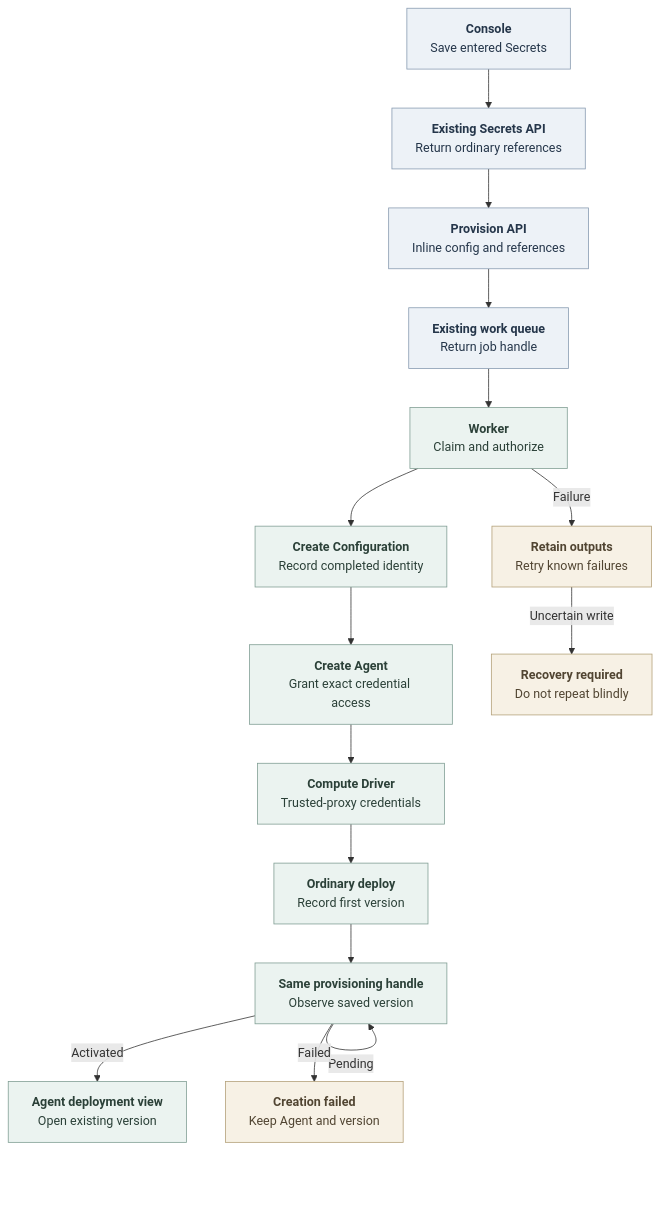
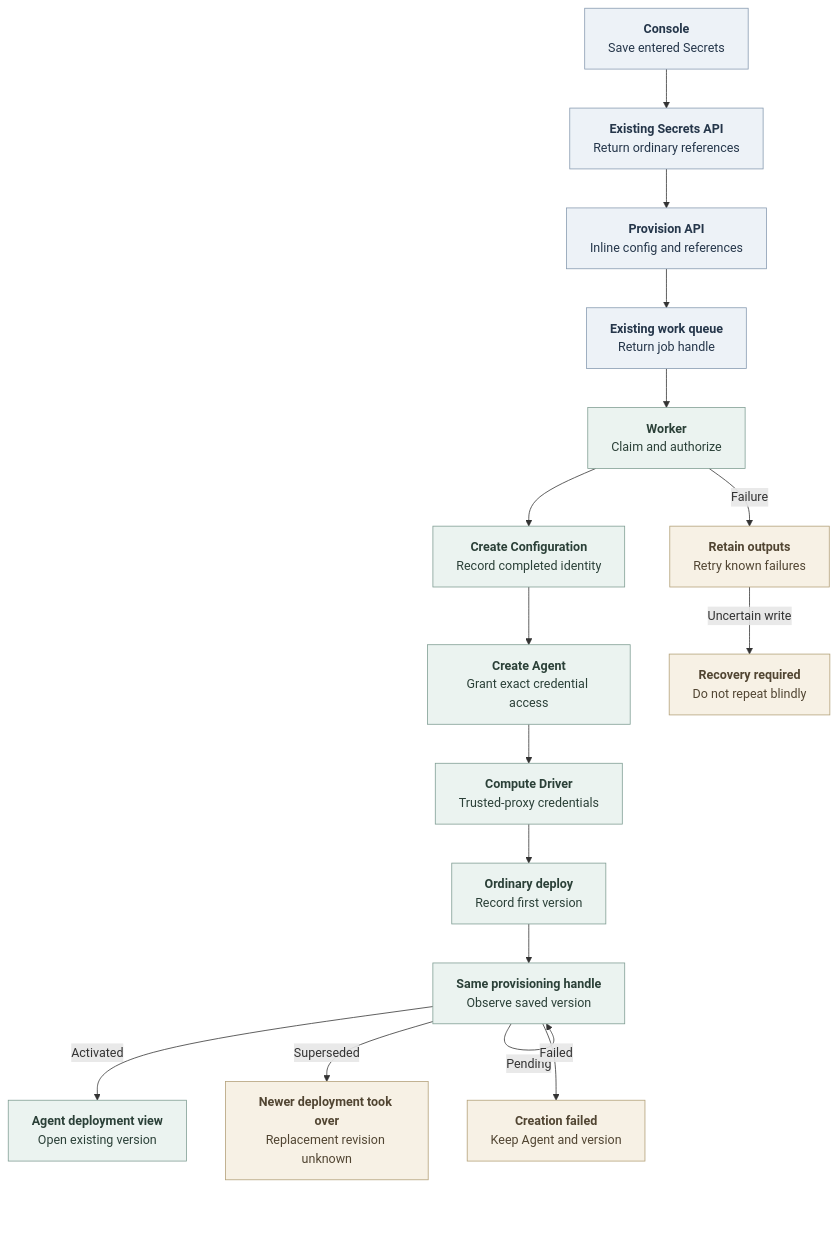
The diagram in docs/flows/agent-provisioning.md (anmol0b/openclaw-enterprise), drawn with Mermaid before and after one commit. The commit also changed other lines of this file and 2 other files, not shown here.

Commit message:
Docs: distinguish a superseded first deployment from a failure

````diff
--- a/docs/flows/agent-provisioning.md
+++ b/docs/flows/agent-provisioning.md
@@ -23,24 +23,25 @@
 ```mermaid
 graph TD
   Console["<b>Console</b><br/>Save entered Secrets"] --> Secrets["<b>Existing Secrets API</b><br/>Return ordinary references"]
   Secrets --> API["<b>Provision API</b><br/>Inline config and references"]
   API --> Queue["<b>Existing work queue</b><br/>Return job handle"]
   Queue --> Claim["<b>Worker</b><br/>Claim and authorize"]
   Claim --> Config["<b>Create Configuration</b><br/>Record completed identity"]
   Config --> Agent["<b>Create Agent</b><br/>Grant exact credential access"]
   Agent --> Transport["<b>Compute Driver</b><br/>Trusted-proxy credentials"]
   Transport --> Deploy["<b>Ordinary deploy</b><br/>Record first version"]
   Deploy --> Observe["<b>Same provisioning handle</b><br/>Observe saved version"]
   Observe -->|Pending| Observe
   Observe -->|Activated| UI["<b>Agent deployment view</b><br/>Open existing version"]
+  Observe -->|Superseded| Superseded["<b>Newer deployment took over</b><br/>Replacement revision unknown"]
   Observe -->|Failed| Terminal["<b>Creation failed</b><br/>Keep Agent and version"]
   Claim -->|Failure| Failed["<b>Retain outputs</b><br/>Retry known failures"]
   Failed -->|Uncertain write| Recovery["<b>Recovery required</b><br/>Do not repeat blindly"]
 
   classDef state fill:#EDF2F7,stroke:#879AB0,color:#25364A,stroke-width:1px
   classDef operation fill:#EBF3F0,stroke:#7F9D93,color:#2B4038,stroke-width:1px
   classDef condition fill:#F7F1E5,stroke:#B3A078,color:#514532,stroke-width:1px
   class Console,Secrets,API,Queue state
   class Claim,Config,Agent,Transport,Deploy,Observe,UI operation
-  class Failed,Recovery,Terminal condition
+  class Failed,Recovery,Terminal,Superseded condition
 ```
````
